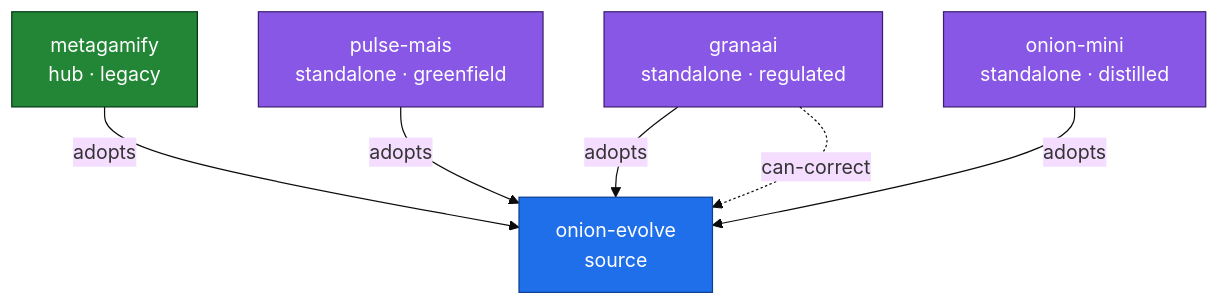
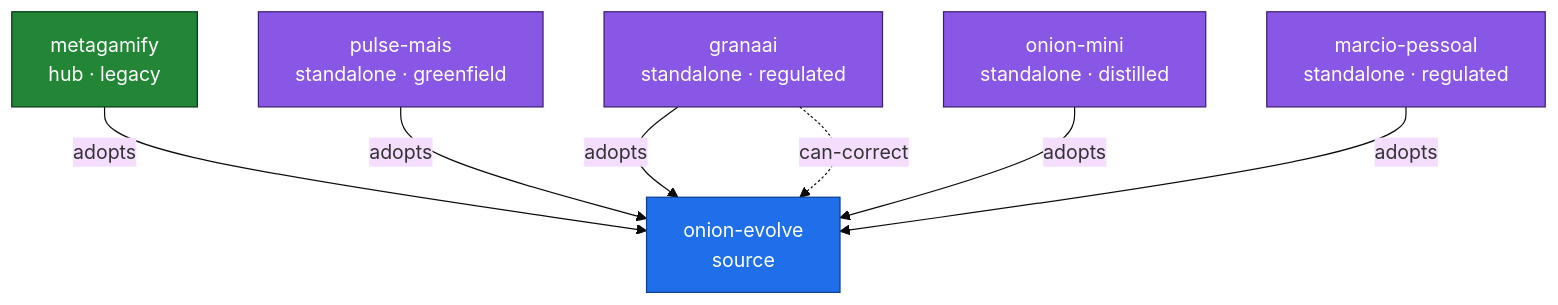
Before and after one commit to marciocar/onion-evolve: the diagram in docs/onion/federation-map.md, drawn with Mermaid (base theme). The commit also changed other lines of this file and 3 other files, not shown here.

First line of the commit message:
docs(federation): register marcio-pessoal as a RESEARCH arm (F3-lite pointer)

````diff
--- a/docs/onion/federation-map.md
+++ b/docs/onion/federation-map.md
@@ -6,16 +6,18 @@
 ```mermaid
 flowchart TD
   onion_evolve["onion-evolve<br/>source"]:::source
   metagamify["metagamify<br/>hub · legacy"]:::hub
   pulse_mais["pulse-mais<br/>standalone · greenfield"]:::standalone
   granaai["granaai<br/>standalone · regulated"]:::standalone
   onion_mini["onion-mini<br/>standalone · distilled"]:::standalone
+  marcio_pessoal["marcio-pessoal<br/>standalone · regulated"]:::standalone
   metagamify -->|adopts| onion_evolve
   pulse_mais -->|adopts| onion_evolve
   granaai -->|adopts| onion_evolve
   granaai -.->|can-correct| onion_evolve
   onion_mini -->|adopts| onion_evolve
+  marcio_pessoal -->|adopts| onion_evolve
   classDef source fill:#1f6feb,color:#fff,stroke:#0b3d91;
   classDef hub fill:#238636,color:#fff,stroke:#033a16;
   classDef standalone fill:#8957e5,color:#fff,stroke:#3c1e70;
 ```
````
